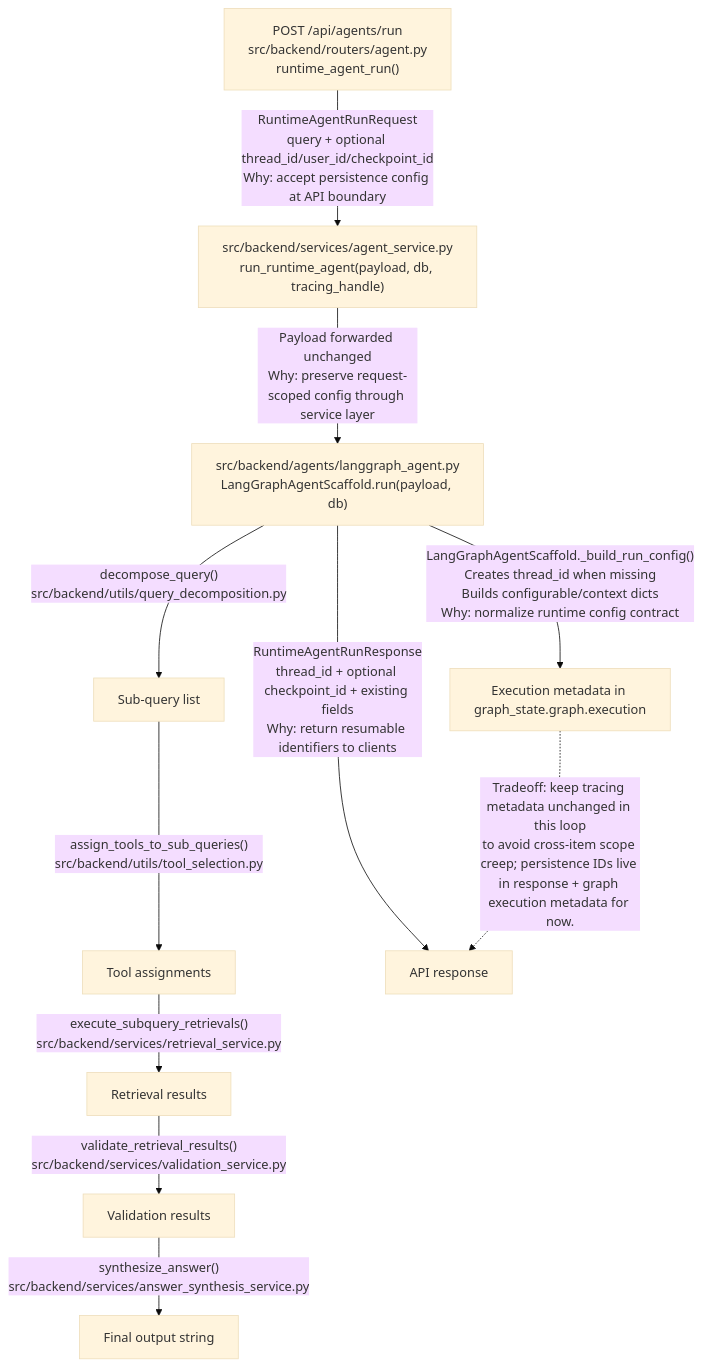
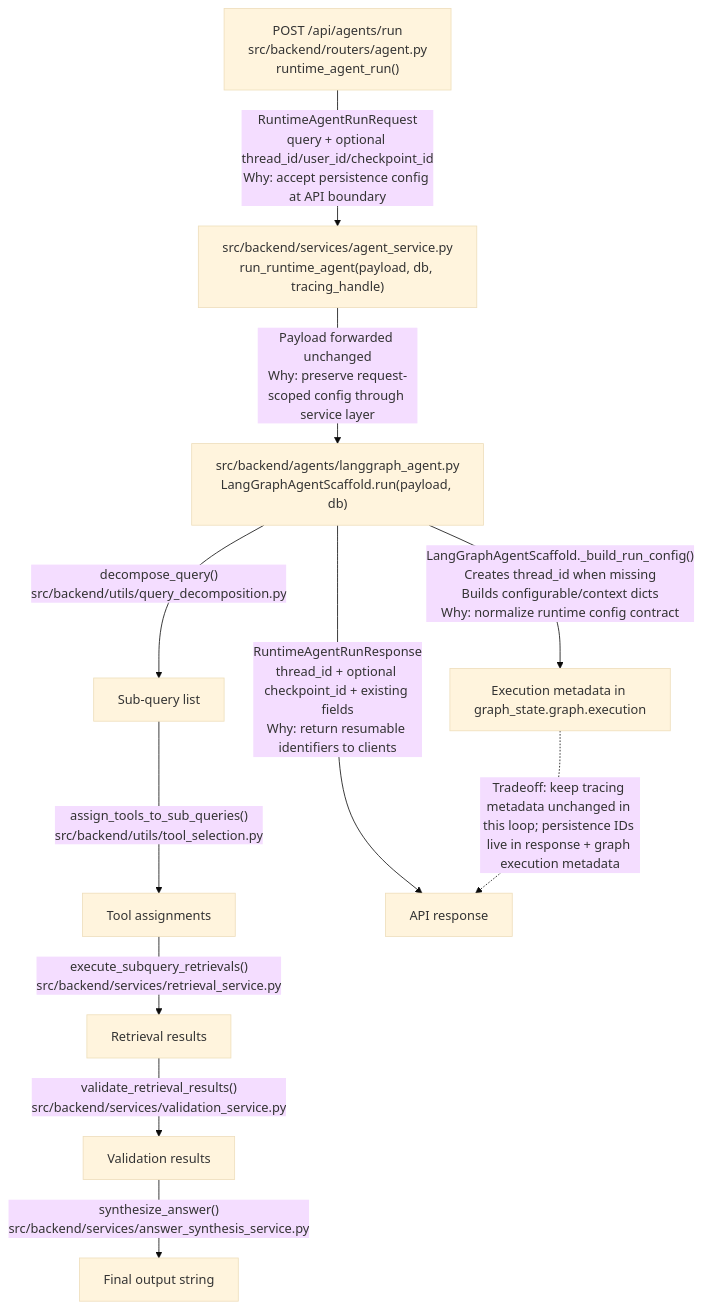
Before and after one commit to Nickbohm555/agent-search: the diagram in docs/deepagent-run-config-dataflow.mermaid, drawn with Mermaid (base theme). The commit also changed 8 other files, not shown here.

```diff
--- a/docs/deepagent-run-config-dataflow.mermaid
+++ b/docs/deepagent-run-config-dataflow.mermaid
@@ -1,34 +1,33 @@
 flowchart TD
     A["POST /api/agents/run
 src/backend/routers/agent.py
 runtime_agent_run()"] -->|"RuntimeAgentRunRequest
 query + optional thread_id/user_id/checkpoint_id
 Why: accept persistence config at API boundary"| B["src/backend/services/agent_service.py
 run_runtime_agent(payload, db, tracing_handle)"]
 
     B -->|"Payload forwarded unchanged
 Why: preserve request-scoped config through service layer"| C["src/backend/agents/langgraph_agent.py
 LangGraphAgentScaffold.run(payload, db)"]
 
     C -->|"LangGraphAgentScaffold._build_run_config()
 Creates thread_id when missing
 Builds configurable/context dicts
 Why: normalize runtime config contract"| D["Execution metadata in graph_state.graph.execution"]
 
     C -->|"decompose_query()
 src/backend/utils/query_decomposition.py"| E["Sub-query list"]
     E -->|"assign_tools_to_sub_queries()
 src/backend/utils/tool_selection.py"| F["Tool assignments"]
     F -->|"execute_subquery_retrievals()
 src/backend/services/retrieval_service.py"| G["Retrieval results"]
     G -->|"validate_retrieval_results()
 src/backend/services/validation_service.py"| H["Validation results"]
     H -->|"synthesize_answer()
 src/backend/services/answer_synthesis_service.py"| I["Final output string"]
 
     C -->|"RuntimeAgentRunResponse
 thread_id + optional checkpoint_id + existing fields
 Why: return resumable identifiers to clients"| J["API response"]
 
-    D -. "Tradeoff: keep tracing metadata unchanged in this loop
-to avoid cross-item scope creep; persistence IDs live in response + graph execution metadata for now." .-> J
+    D -.->|Tradeoff: keep tracing metadata unchanged in this loop; persistence IDs live in response + graph execution metadata| J
```
